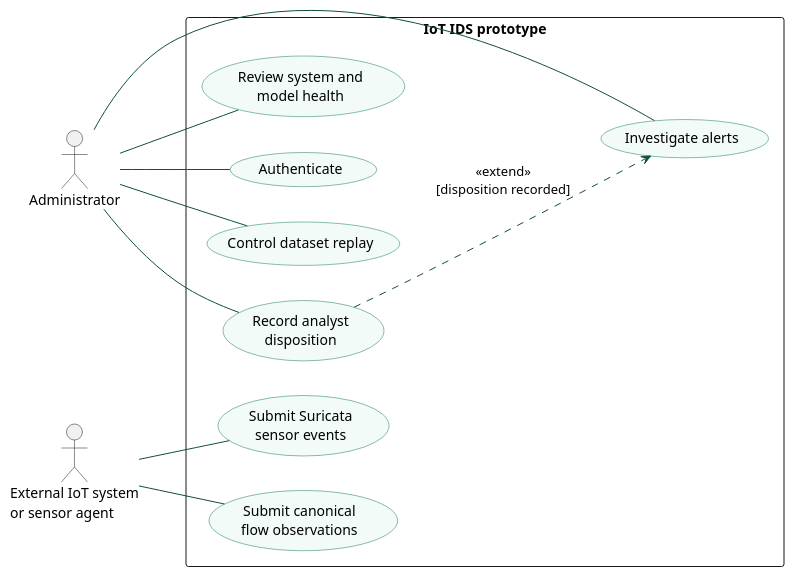
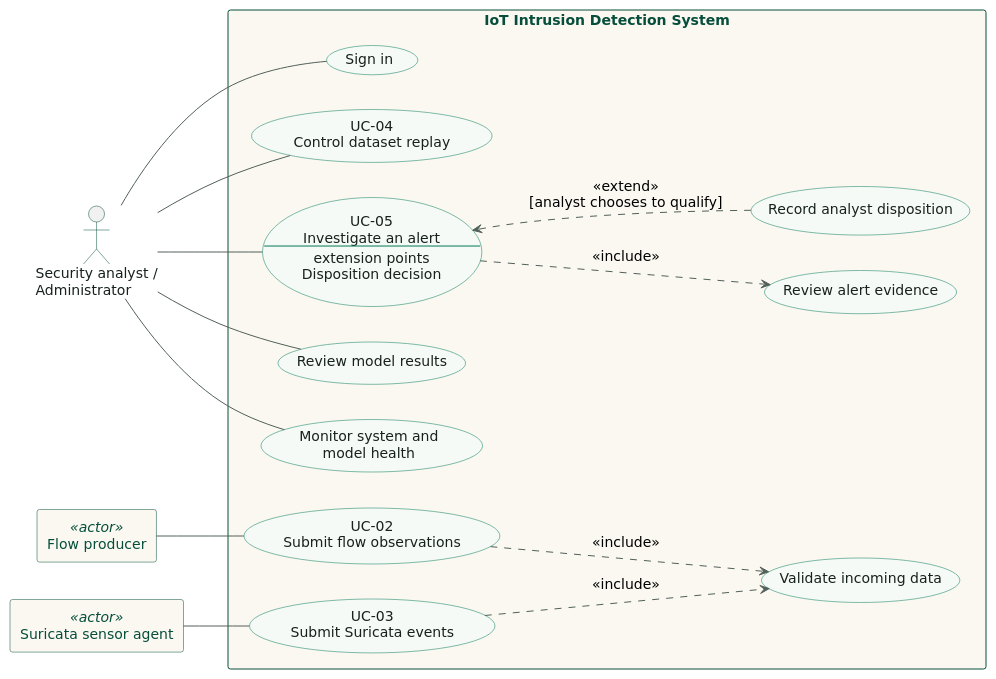
The diagram in diagrams/01-use-cases.puml (ZakariaElKhaldi/4iir-sr), drawn with PlantUML before and after one commit. The commit also changed 20 other files, not shown here.

First line of the commit message:
Update documentation and diagrams for IoT Intrusion Detection System

```diff
--- a/diagrams/01-use-cases.puml
+++ b/diagrams/01-use-cases.puml
@@ -1,33 +1,53 @@
 @startuml
 left to right direction
 skinparam shadowing false
 skinparam packageStyle rectangle
+skinparam backgroundColor white
+skinparam defaultFontName "DejaVu Sans"
+skinparam defaultFontSize 14
+skinparam ArrowColor #52605A
+skinparam ArrowThickness 1
+skinparam nodesep 35
+skinparam ranksep 55
+skinparam actorBorderColor #064E3B
+skinparam actorFontColor #17211D
+skinparam rectangleBorderColor #064E3B
+skinparam rectangleBackgroundColor #FAF8F1
+skinparam rectangleFontColor #064E3B
 skinparam usecase {
-  BackgroundColor #F2FBF7
-  BorderColor #13795B
-  ArrowColor #0F5132
+  BackgroundColor #F5FAF7
+  BorderColor #047857
+  FontColor #17211D
 }
 
-actor Administrator as Admin
-actor "External IoT system\nor sensor agent" as External
+actor "Security analyst /\nAdministrator" as Admin
+rectangle "Flow producer" as Producer <<actor>>
+rectangle "Suricata sensor agent" as Sensor <<actor>>
 
-rectangle "IoT IDS prototype" {
-  usecase "Authenticate" as UCAuth
-  usecase "Submit canonical\nflow observations" as UCFlows
-  usecase "Submit Suricata\nsensor events" as UCSensor
-  usecase "Control dataset replay" as UCReplay
-  usecase "Investigate alerts" as UCInvestigate
-  usecase "Record analyst\ndisposition" as UCFeedback
-  usecase "Review system and\nmodel health" as UCHealth
+rectangle "IoT Intrusion Detection System" {
+  usecase "Sign in" as UCAuth
+  usecase "UC-04\nControl dataset replay" as UCReplay
+  usecase "UC-05\nInvestigate an alert\n--\nextension points\nDisposition decision" as UCInvestigate
+  usecase "Review alert evidence" as UCEvidence
+  usecase "Record analyst disposition" as UCFeedback
+  usecase "Review model results" as UCModels
+  usecase "Monitor system and\nmodel health" as UCHealth
+  usecase "UC-02\nSubmit flow observations" as UCFlows
+  usecase "UC-03\nSubmit Suricata events" as UCSensor
+  usecase "Validate incoming data" as UCValidate
 }
 
 Admin -- UCAuth
 Admin -- UCReplay
 Admin -- UCInvestigate
-Admin -- UCFeedback
+Admin -- UCModels
 Admin -- UCHealth
-External -- UCFlows
-External -- UCSensor
-UCFeedback ..> UCInvestigate : <<extend>>\n[disposition recorded]
+Producer -- UCFlows
+Sensor -- UCSensor
+UCInvestigate ..> UCEvidence : <<include>>
+UCFeedback .[norank].> UCInvestigate : <<extend>>\n[analyst chooses to qualify]
+UCInvestigate -[hidden]-> UCFeedback
+UCFlows ..> UCValidate : <<include>>
+UCSensor ..> UCValidate : <<include>>
 
 @enduml
```
